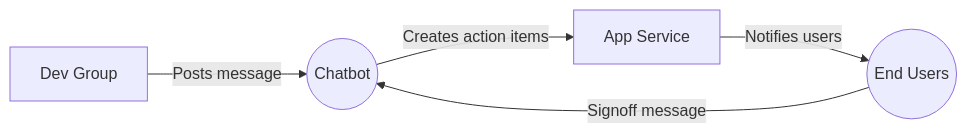
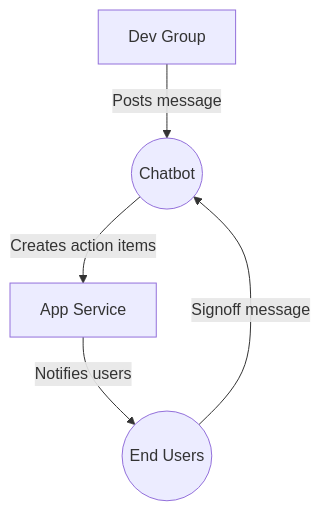
The second of 3 diagrams in README.md (vjoise/newbot), drawn with Mermaid before and after one commit. The commit also changed other lines of this file, not shown here.

````diff
--- a/README.md
+++ b/README.md
@@ -4,8 +24,7 @@
 ```mermaid
-graph LR
+graph TB
     Developer[Dev Group] -- Posts message --> B((Chatbot))
     B((Chatbot)) -- Creates action items --> App[App Service]
     App[App Service] -- Notifies users --> E((End Users))
     E((End Users)) -- Signoff message --> B((Chatbot))
-    
 ```
````
